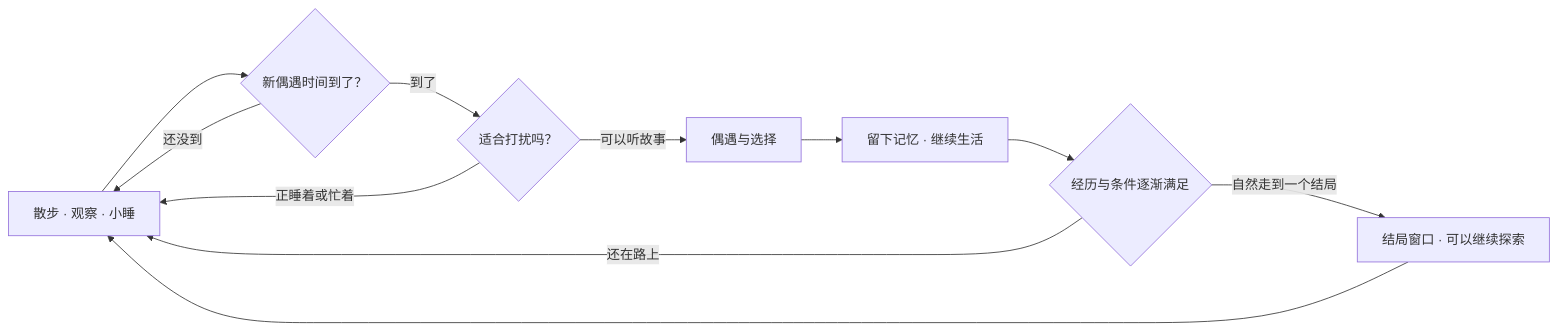
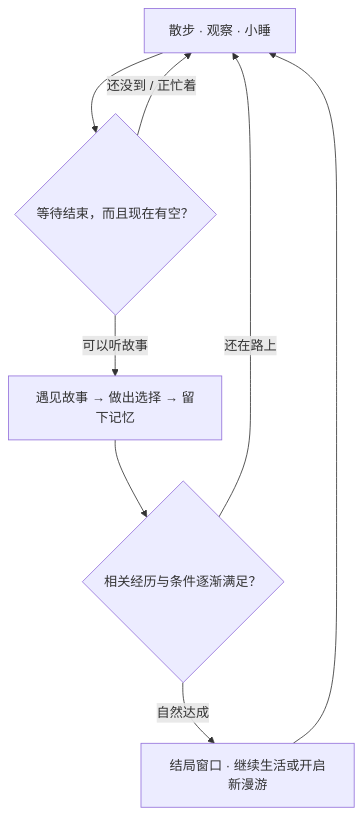
The diagram in README.md (yuzhang-zhong/banban-desktop-releases), drawn with Mermaid before and after one commit.

Commit message:
Keep story flow legible in GitHub README

````diff
--- a/README.md
+++ b/README.md
@@ -87,13 +87,10 @@
 ```mermaid
-flowchart LR
-    A["散步 · 观察 · 小睡"] --> B{"新偶遇时间到了？"}
-    B -- "还没到" --> A
-    B -- "到了" --> C{"适合打扰吗？"}
-    C -- "正睡着或忙着" --> A
-    C -- "可以听故事" --> D["偶遇与选择"]
-    D --> E["留下记忆 · 继续生活"]
-    E --> F{"经历与条件逐渐满足"}
-    F -- "还在路上" --> A
-    F -- "自然走到一个结局" --> G["结局窗口 · 可以继续探索"]
-    G --> A
+flowchart TD
+    A["散步 · 观察 · 小睡"] --> B{"等待结束，而且现在有空？"}
+    B -- "还没到 / 正忙着" --> A
+    B -- "可以听故事" --> C["遇见故事 → 做出选择 → 留下记忆"]
+    C --> D{"相关经历与条件逐渐满足？"}
+    D -- "还在路上" --> A
+    D -- "自然达成" --> E["结局窗口 · 继续生活或开启新漫游"]
+    E --> A
 ```
````
